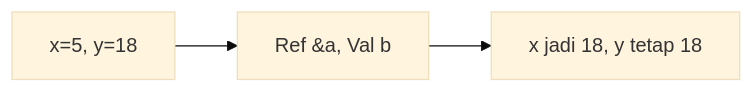
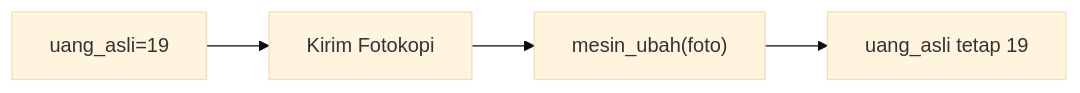
The ninth of 25 diagrams in part-c-pemahaman-cpp/04-fungsi/latihan/set-04.md (amnahwaida/OSNK_INF_PREP), drawn with Mermaid (base theme) before and after one commit. The commit also changed other lines of this file and 71 other files, not shown here.

````diff
--- a/part-c-pemahaman-cpp/04-fungsi/latihan/set-04.md
+++ b/part-c-pemahaman-cpp/04-fungsi/latihan/set-04.md
@@ -233,5 +245,6 @@
 ```mermaid
 graph LR
-A["x=5, y=18"] --> B["Ref &a, Val b"]
-B --> C["x jadi 18, y tetap 18"]
+A["uang_asli=19"] --> B["Kirim Fotokopi"]
+B --> C["mesin_ubah(foto)"]
+C --> D["uang_asli tetap 19"]
 ```
````
